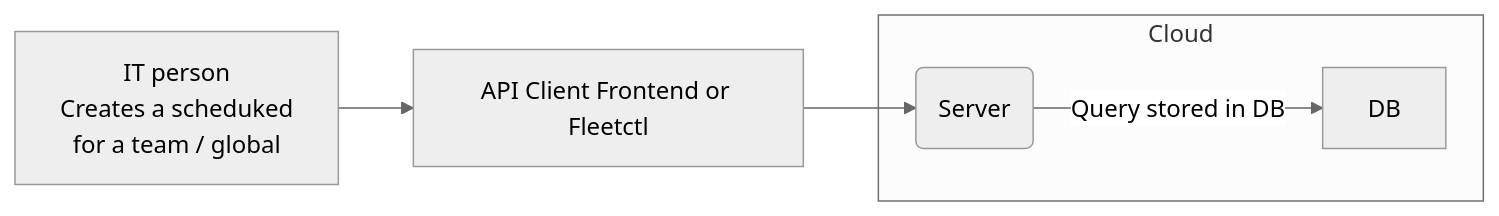
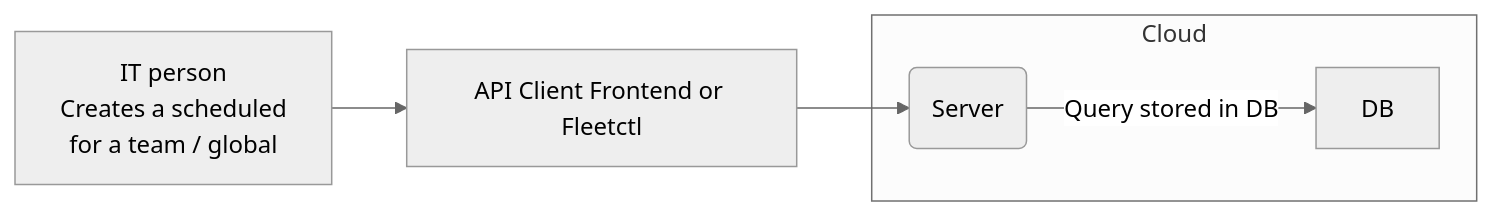
The fourth of 7 diagrams in docs/Contributing/high-level-architecture.md (fleetdm/fleet), drawn with Mermaid (neutral theme) before and after one commit. The commit also changed other lines of this file, not shown here.

````diff
--- a/docs/Contributing/high-level-architecture.md
+++ b/docs/Contributing/high-level-architecture.md
@@ -113,14 +113,14 @@
 ```mermaid
 graph LR;
-    it_person[IT person<br>Creates a scheduked<br>for a team / global];
+    it_person[IT person<br>Creates a scheduled<br>for a team / global];
     api[API Client Frontend or Fleetctl];
 
     subgraph Cloud
         server(Server);
         db[DB];
     end
 
     it_person --> api;
     api --> server;
     server -- Query stored in DB--> db;
 ```
````
